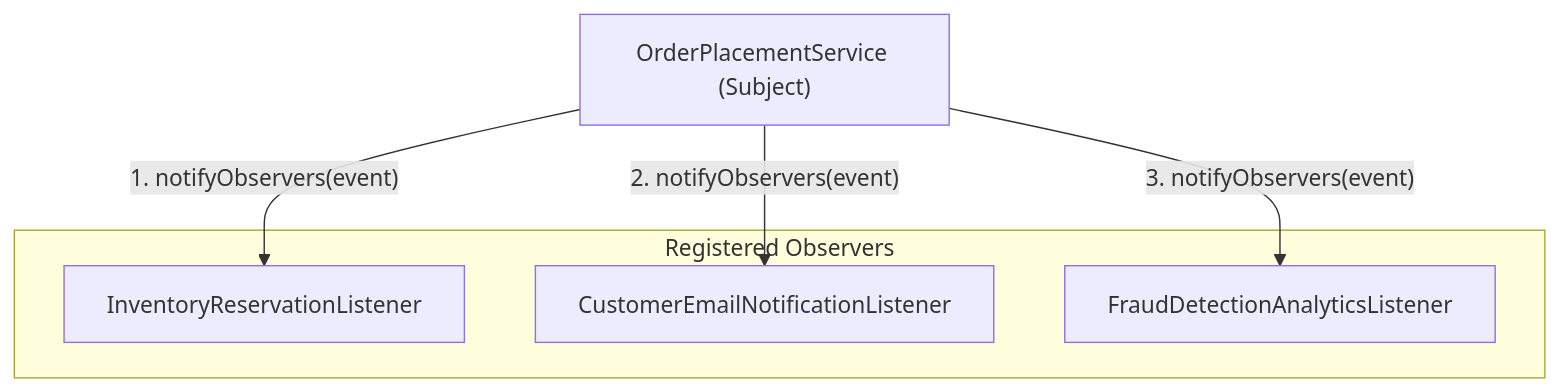
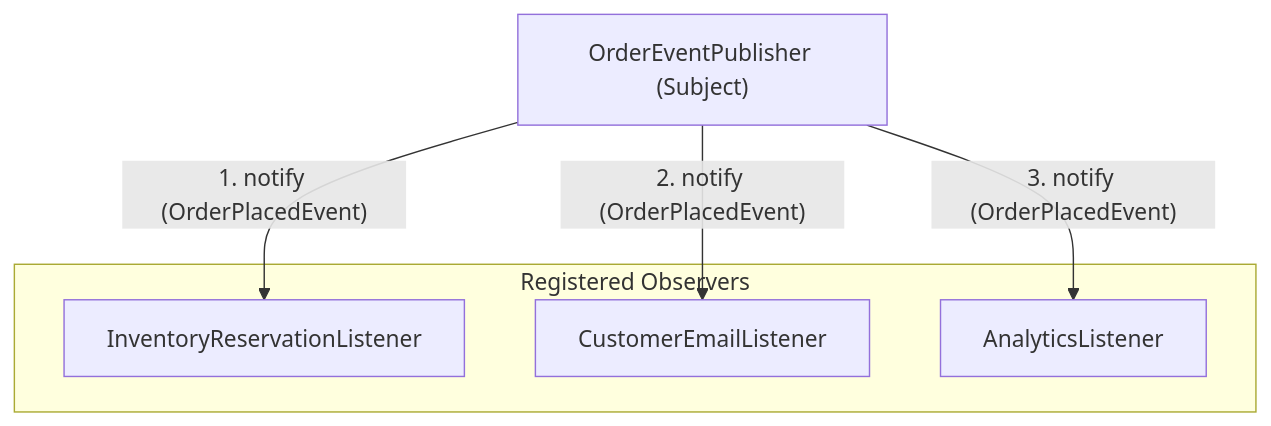
The second of 5 diagrams in content/roadmap/level-6/behavioral-patterns.md (ravishankar2463/java_hub), drawn with Mermaid before and after one commit. The commit also changed other lines of this file and 119 other files, not shown here.

Commit message:
feat: add comprehensive java learning roadmap content across multiple levels

````diff
--- a/content/roadmap/level-6/behavioral-patterns.md
+++ b/content/roadmap/level-6/behavioral-patterns.md
@@ -116,14 +136,14 @@
 ```mermaid
 flowchart TD
-    Subject["OrderPlacementService (Subject)"]
-    
+    Subject["OrderEventPublisher (Subject)"]
+
     subgraph "Registered Observers"
         O1["InventoryReservationListener"]
-        O2["CustomerEmailNotificationListener"]
-        O3["FraudDetectionAnalyticsListener"]
+        O2["CustomerEmailListener"]
+        O3["AnalyticsListener"]
     end
 
-    Subject -->|"1. notifyObservers(event)"| O1
-    Subject -->|"2. notifyObservers(event)"| O2
-    Subject -->|"3. notifyObservers(event)"| O3
+    Subject -->|"1. notify (OrderPlacedEvent)"| O1
+    Subject -->|"2. notify (OrderPlacedEvent)"| O2
+    Subject -->|"3. notify (OrderPlacedEvent)"| O3
 ```
````
